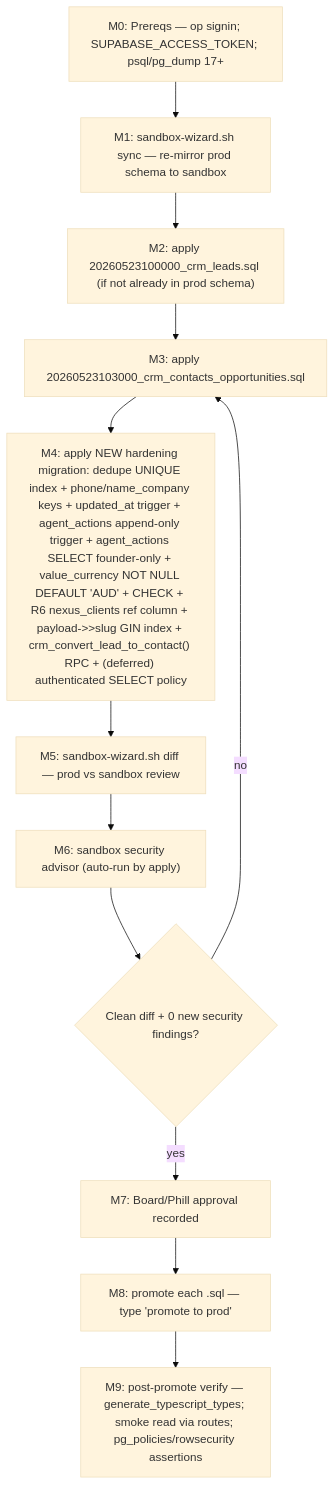
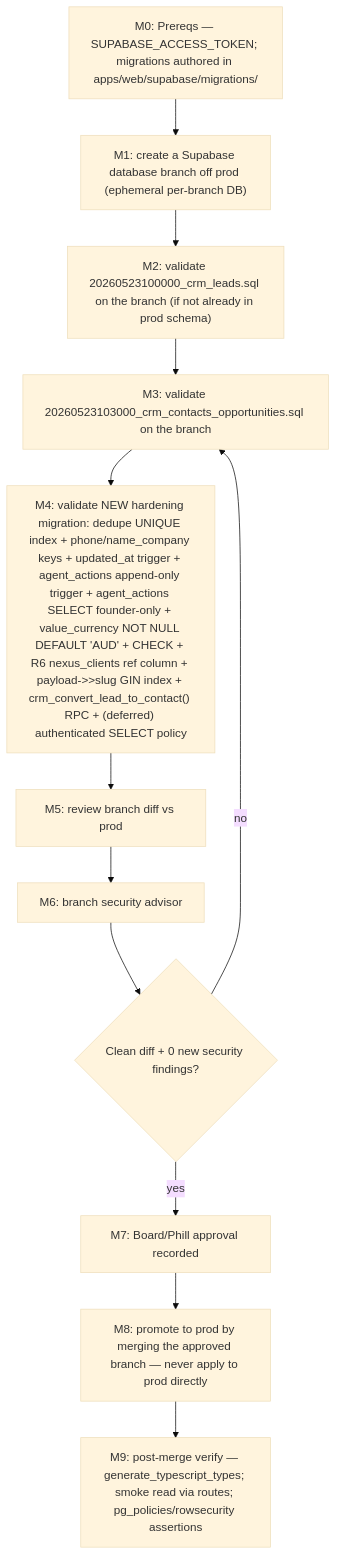
Before and after one commit to CleanExpo/Unite-Group: the second of 2 diagrams in docs/spec/data-model-erd.md, drawn with Mermaid (base theme). The commit also changed other lines of this file and 17 other files, not shown here.

````diff
--- a/docs/spec/data-model-erd.md
+++ b/docs/spec/data-model-erd.md
@@ -211,14 +211,14 @@
 ```mermaid
 flowchart TD
-    A["M0: Prereqs — op signin; SUPABASE_ACCESS_TOKEN; psql/pg_dump 17+"] --> B["M1: sandbox-wizard.sh sync — re-mirror prod schema to sandbox"]
-    B --> C["M2: apply 20260523100000_crm_leads.sql (if not already in prod schema)"]
-    C --> D["M3: apply 20260523103000_crm_contacts_opportunities.sql"]
-    D --> E["M4: apply NEW hardening migration: dedupe UNIQUE index + phone/name_company keys + updated_at trigger + agent_actions append-only trigger + agent_actions SELECT founder-only + value_currency NOT NULL DEFAULT 'AUD' + CHECK + R6 nexus_clients ref column + payload->>slug GIN index + crm_convert_lead_to_contact() RPC + (deferred) authenticated SELECT policy"]
-    E --> F["M5: sandbox-wizard.sh diff — prod vs sandbox review"]
-    F --> G["M6: sandbox security advisor (auto-run by apply)"]
+    A["M0: Prereqs — SUPABASE_ACCESS_TOKEN; migrations authored in apps/web/supabase/migrations/"] --> B["M1: create a Supabase database branch off prod (ephemeral per-branch DB)"]
+    B --> C["M2: validate 20260523100000_crm_leads.sql on the branch (if not already in prod schema)"]
+    C --> D["M3: validate 20260523103000_crm_contacts_opportunities.sql on the branch"]
+    D --> E["M4: validate NEW hardening migration: dedupe UNIQUE index + phone/name_company keys + updated_at trigger + agent_actions append-only trigger + agent_actions SELECT founder-only + value_currency NOT NULL DEFAULT 'AUD' + CHECK + R6 nexus_clients ref column + payload->>slug GIN index + crm_convert_lead_to_contact() RPC + (deferred) authenticated SELECT policy"]
+    E --> F["M5: review branch diff vs prod"]
+    F --> G["M6: branch security advisor"]
     G --> H{"Clean diff + 0 new security findings?"}
     H -->|no| D
     H -->|yes| I["M7: Board/Phill approval recorded"]
-    I --> J["M8: promote each .sql — type 'promote to prod'"]
-    J --> K["M9: post-promote verify — generate_typescript_types; smoke read via routes; pg_policies/rowsecurity assertions"]
+    I --> J["M8: promote to prod by merging the approved branch — never apply to prod directly"]
+    J --> K["M9: post-merge verify — generate_typescript_types; smoke read via routes; pg_policies/rowsecurity assertions"]
 ```
````
